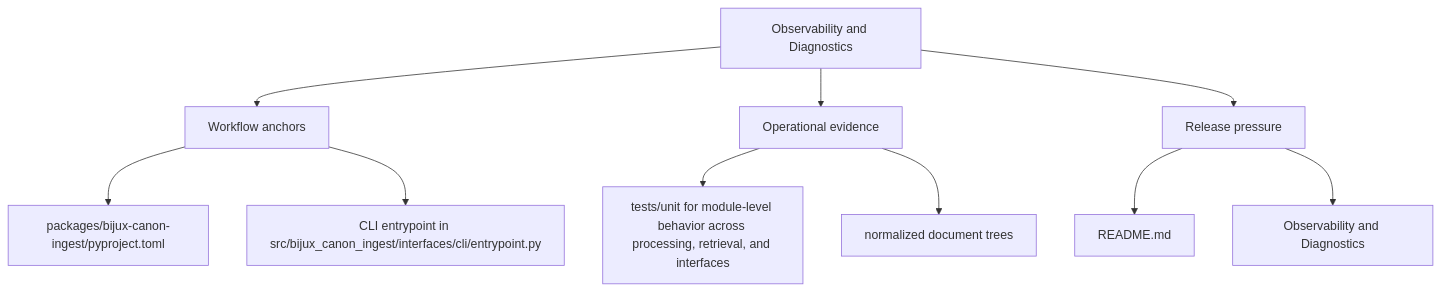
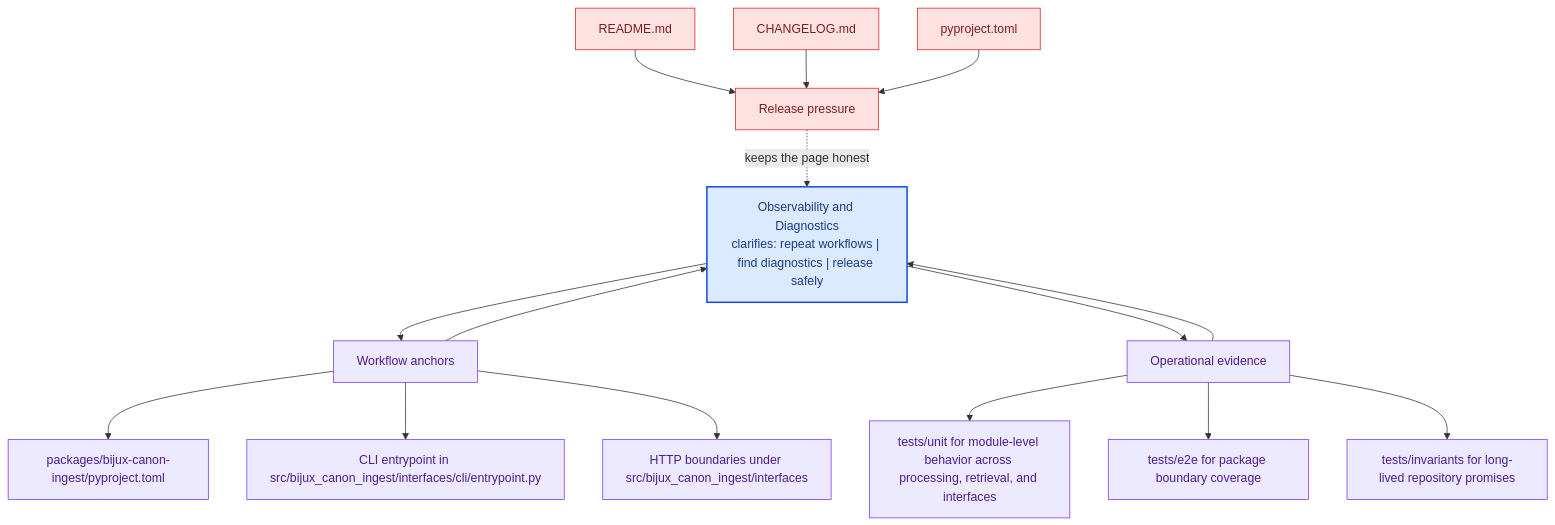
Before and after one commit to bijux/bijux-canon: the second of 2 diagrams in docs/bijux-canon-ingest/operations/observability-and-diagnostics.md, drawn with Mermaid. The commit also changed other lines of this file and 281 other files, not shown here.

Commit message:
docs(diagrams): deepen handbook mermaid maps across the catalog

````diff
--- a/docs/bijux-canon-ingest/operations/observability-and-diagnostics.md
+++ b/docs/bijux-canon-ingest/operations/observability-and-diagnostics.md
@@ -33,22 +66,41 @@
 ```mermaid
-flowchart TD
-    page["Observability and Diagnostics"]
+flowchart TB
+    promise["Observability and Diagnostics<br/>clarifies: repeat workflows | find diagnostics | release safely"]
+    classDef promise fill:#dbeafe,stroke:#1d4ed8,color:#1e3a8a,stroke-width:2px;
+    classDef driver fill:#dcfce7,stroke:#16a34a,color:#14532d;
+    classDef constraint fill:#fee2e2,stroke:#dc2626,color:#7f1d1d;
+    classDef ground fill:#ede9fe,stroke:#7c3aed,color:#4c1d95;
     focus1["Workflow anchors"]
-    page --> focus1
+    focus1 --> promise
+    promise --> focus1
     focus1_1["packages/bijux-canon-ingest/pyproject.toml"]
     focus1 --> focus1_1
     focus1_2["CLI entrypoint in src/bijux_canon_ingest/interfaces/cli/entrypoint.py"]
     focus1 --> focus1_2
+    focus1_3["HTTP boundaries under src/bijux_canon_ingest/interfaces"]
+    focus1 --> focus1_3
+    class focus1 ground;
+    class focus1_1,focus1_2,focus1_3 ground;
     focus2["Operational evidence"]
-    page --> focus2
+    focus2 --> promise
+    promise --> focus2
     focus2_1["tests/unit for module-level behavior across processing, retrieval, and interfaces"]
     focus2 --> focus2_1
-    focus2_2["normalized document trees"]
+    focus2_2["tests/e2e for package boundary coverage"]
     focus2 --> focus2_2
+    focus2_3["tests/invariants for long-lived repository promises"]
+    focus2 --> focus2_3
+    class focus2 ground;
+    class focus2_1,focus2_2,focus2_3 ground;
     focus3["Release pressure"]
-    page --> focus3
+    focus3 -.keeps the page honest.-> promise
     focus3_1["README.md"]
-    focus3 --> focus3_1
-    focus3_2["Observability and Diagnostics"]
-    focus3 --> focus3_2
+    focus3_1 --> focus3
+    focus3_2["CHANGELOG.md"]
+    focus3_2 --> focus3
+    focus3_3["pyproject.toml"]
+    focus3_3 --> focus3
+    class focus3 constraint;
+    class focus3_1,focus3_2,focus3_3 constraint;
+    class promise promise;
 ```
````
